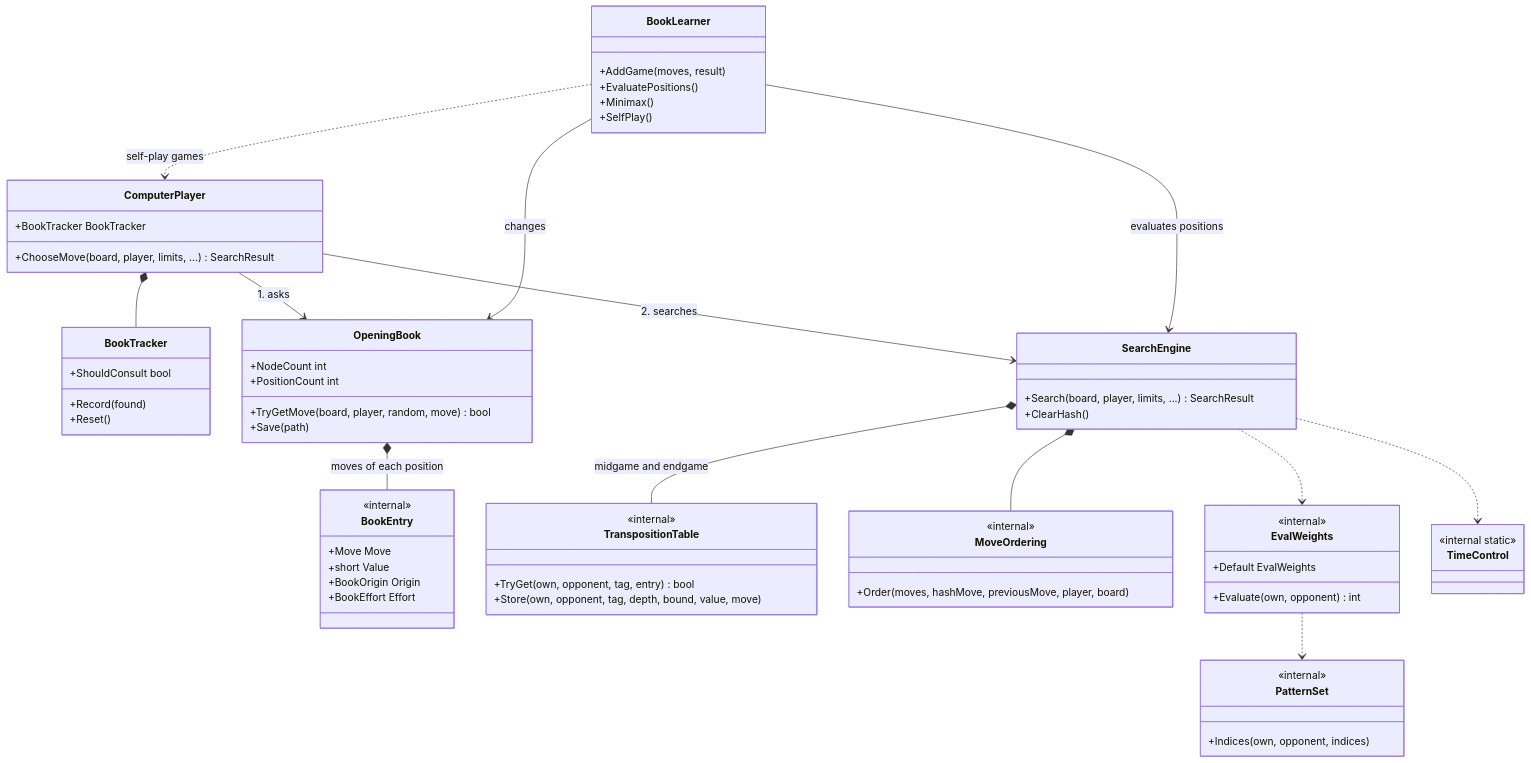
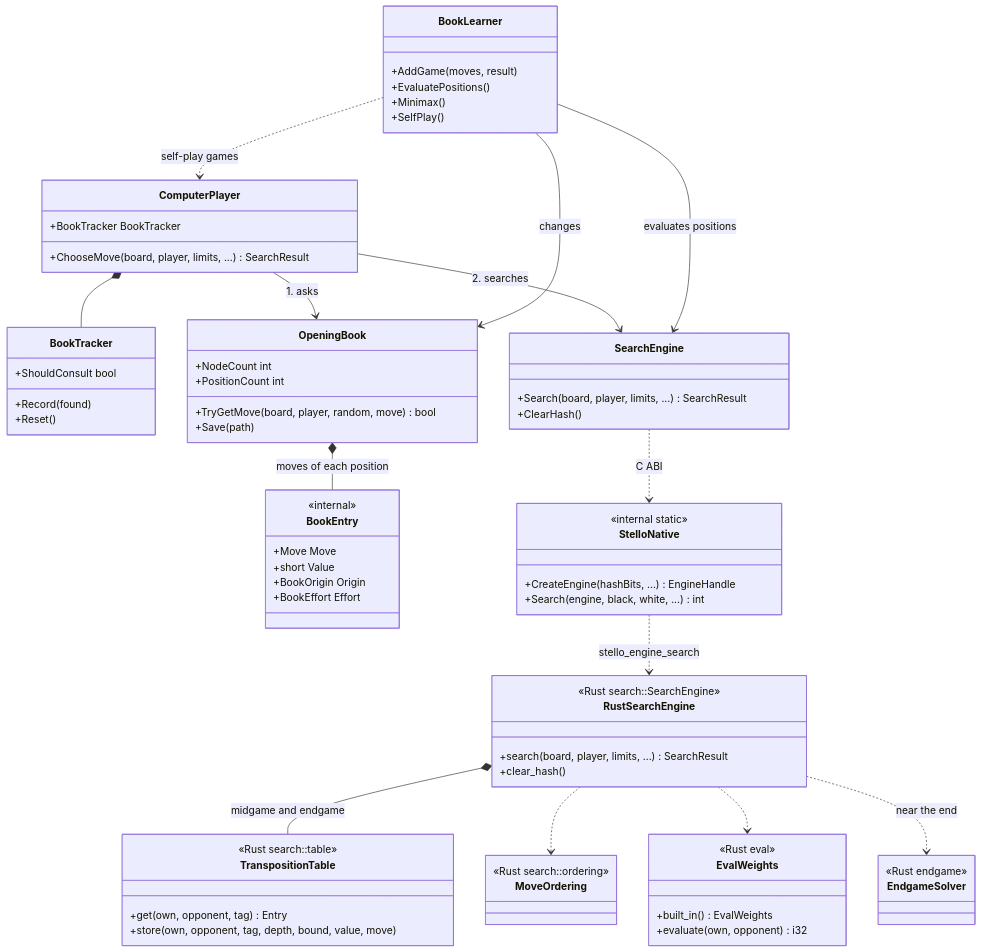
One commit to cjp-dev/Stello changed the third of 4 diagrams in docs/01-overview.md. Above: the diagram before and after it, drawn with Mermaid. The commit also changed other lines of this file and 26 other files, not shown here.

First line of the commit message:
Stello 3.0 phase 4: About shows 3.0; the docs describe the Rust engine

````diff
--- a/docs/01-overview.md
+++ b/docs/01-overview.md
@@ -147,68 +165,74 @@
 ```mermaid
 classDiagram
     class ComputerPlayer {
         +BookTracker BookTracker
         +ChooseMove(board, player, limits, ...) SearchResult
     }
     class BookTracker {
         +ShouldConsult bool
         +Record(found)
         +Reset()
     }
     class OpeningBook {
         +NodeCount int
         +PositionCount int
         +TryGetMove(board, player, random, move) bool
         +Save(path)
     }
     class BookEntry {
         <<internal>>
         +Move Move
         +short Value
         +BookOrigin Origin
         +BookEffort Effort
     }
     class SearchEngine {
         +Search(board, player, limits, ...) SearchResult
         +ClearHash()
     }
+    class StelloNative {
+        <<internal static>>
+        +CreateEngine(hashBits, ...) EngineHandle
+        +Search(engine, black, white, ...) int
+    }
+    class RustSearchEngine {
+        <<Rust search::SearchEngine>>
+        +search(board, player, limits, ...) SearchResult
+        +clear_hash()
+    }
     class TranspositionTable {
-        <<internal>>
-        +TryGet(own, opponent, tag, entry) bool
-        +Store(own, opponent, tag, depth, bound, value, move)
+        <<Rust search::table>>
+        +get(own, opponent, tag) Entry
+        +store(own, opponent, tag, depth, bound, value, move)
     }
     class MoveOrdering {
-        <<internal>>
-        +Order(moves, hashMove, previousMove, player, board)
+        <<Rust search::ordering>>
     }
     class EvalWeights {
-        <<internal>>
-        +Default EvalWeights
-        +Evaluate(own, opponent) int
+        <<Rust eval>>
+        +built_in() EvalWeights
+        +evaluate(own, opponent) i32
     }
-    class PatternSet {
-        <<internal>>
-        +Indices(own, opponent, indices)
-    }
-    class TimeControl {
-        <<internal static>>
+    class EndgameSolver {
+        <<Rust endgame>>
     }
     class BookLearner {
         +AddGame(moves, result)
         +EvaluatePositions()
         +Minimax()
         +SelfPlay()
     }
     ComputerPlayer *-- BookTracker
     ComputerPlayer --> OpeningBook : 1. asks
     ComputerPlayer --> SearchEngine : 2. searches
     OpeningBook *-- BookEntry : moves of each position
-    SearchEngine *-- TranspositionTable : midgame and endgame
-    SearchEngine *-- MoveOrdering
-    SearchEngine ..> EvalWeights
-    SearchEngine ..> TimeControl
-    EvalWeights ..> PatternSet
+    SearchEngine ..> StelloNative : C ABI
+    StelloNative ..> RustSearchEngine : stello_engine_search
+    RustSearchEngine *-- TranspositionTable : midgame and endgame
+    RustSearchEngine ..> MoveOrdering
+    RustSearchEngine ..> EvalWeights
+    RustSearchEngine ..> EndgameSolver : near the end
     BookLearner --> OpeningBook : changes
     BookLearner --> SearchEngine : evaluates positions
     BookLearner ..> ComputerPlayer : self-play games
 ```
````
